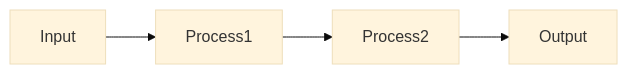
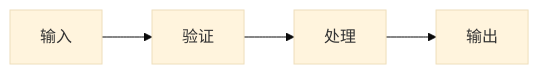
Before and after one commit to aiimoyu/hyper-designer: the third of 3 diagrams in src/builtin/skills/project-to-skill/references/Stage3-Detailed.md, drawn with Mermaid (base theme). The commit also changed other lines of this file and 5 other files, not shown here.

````diff
--- a/src/builtin/skills/project-to-skill/references/Stage3-Detailed.md
+++ b/src/builtin/skills/project-to-skill/references/Stage3-Detailed.md
@@ -197,6 +266,6 @@
 ```mermaid
 graph LR
-    Input --> Process1
-    Process1 --> Process2
-    Process2 --> Output
+    Input[输入] --> Validate[验证]
+    Validate --> Process[处理]
+    Process --> Output[输出]
 ```
````
